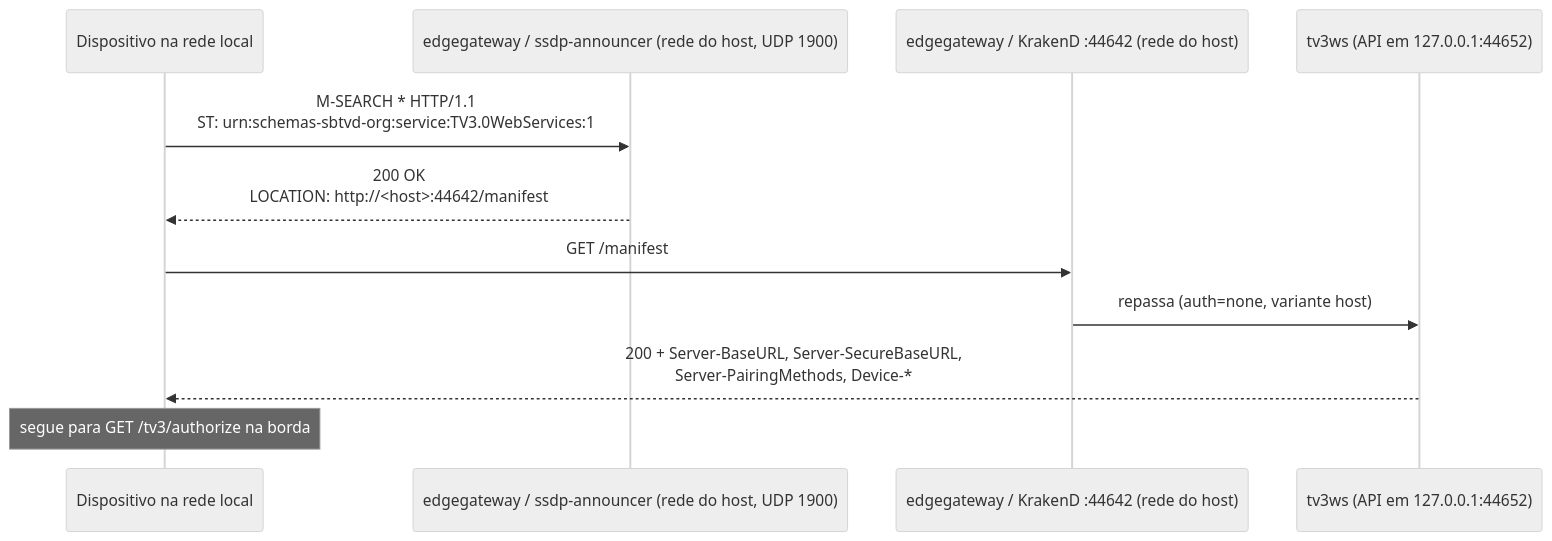
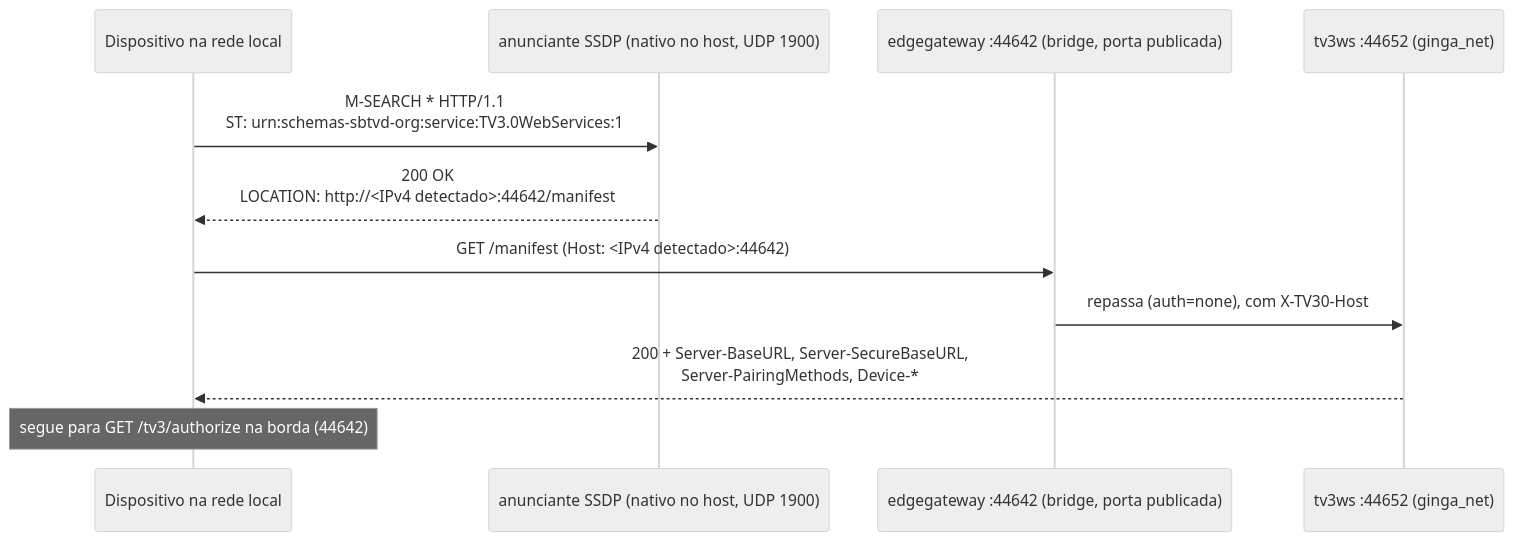
The third of 3 diagrams in docs/05-autenticacao.md (multisens/Infra), drawn with Mermaid (neutral theme) before and after one commit. The commit also changed other lines of this file and 41 other files, not shown here.

Commit message:
feat: TLS na 44643, versoes negociadas na borda, anunciante SSDP nativo e classes por superficie

````diff
--- a/docs/05-autenticacao.md
+++ b/docs/05-autenticacao.md
@@ -233,14 +249,14 @@
 ```mermaid
 sequenceDiagram
     participant C as Dispositivo na rede local
-    participant S as edgegateway / ssdp-announcer (rede do host, UDP 1900)
-    participant E as edgegateway / KrakenD :44642 (rede do host)
-    participant T as tv3ws (API em 127.0.0.1:44652)
+    participant S as anunciante SSDP (nativo no host, UDP 1900)
+    participant E as edgegateway :44642 (bridge, porta publicada)
+    participant T as tv3ws :44652 (ginga_net)
 
     C->>S: M-SEARCH * HTTP/1.1<br/>ST: urn:schemas-sbtvd-org:service:TV3.0WebServices:1
-    S-->>C: 200 OK<br/>LOCATION: http://<host>:44642/manifest
-    C->>E: GET /manifest
-    E->>T: repassa (auth=none, variante host)
+    S-->>C: 200 OK<br/>LOCATION: http://<IPv4 detectado>:44642/manifest
+    C->>E: GET /manifest (Host: <IPv4 detectado>:44642)
+    E->>T: repassa (auth=none), com X-TV30-Host
     T-->>C: 200 + Server-BaseURL, Server-SecureBaseURL,<br/>Server-PairingMethods, Device-*
-    Note over C: segue para GET /tv3/authorize na borda
+    Note over C: segue para GET /tv3/authorize na borda (44642)
 ```
````
